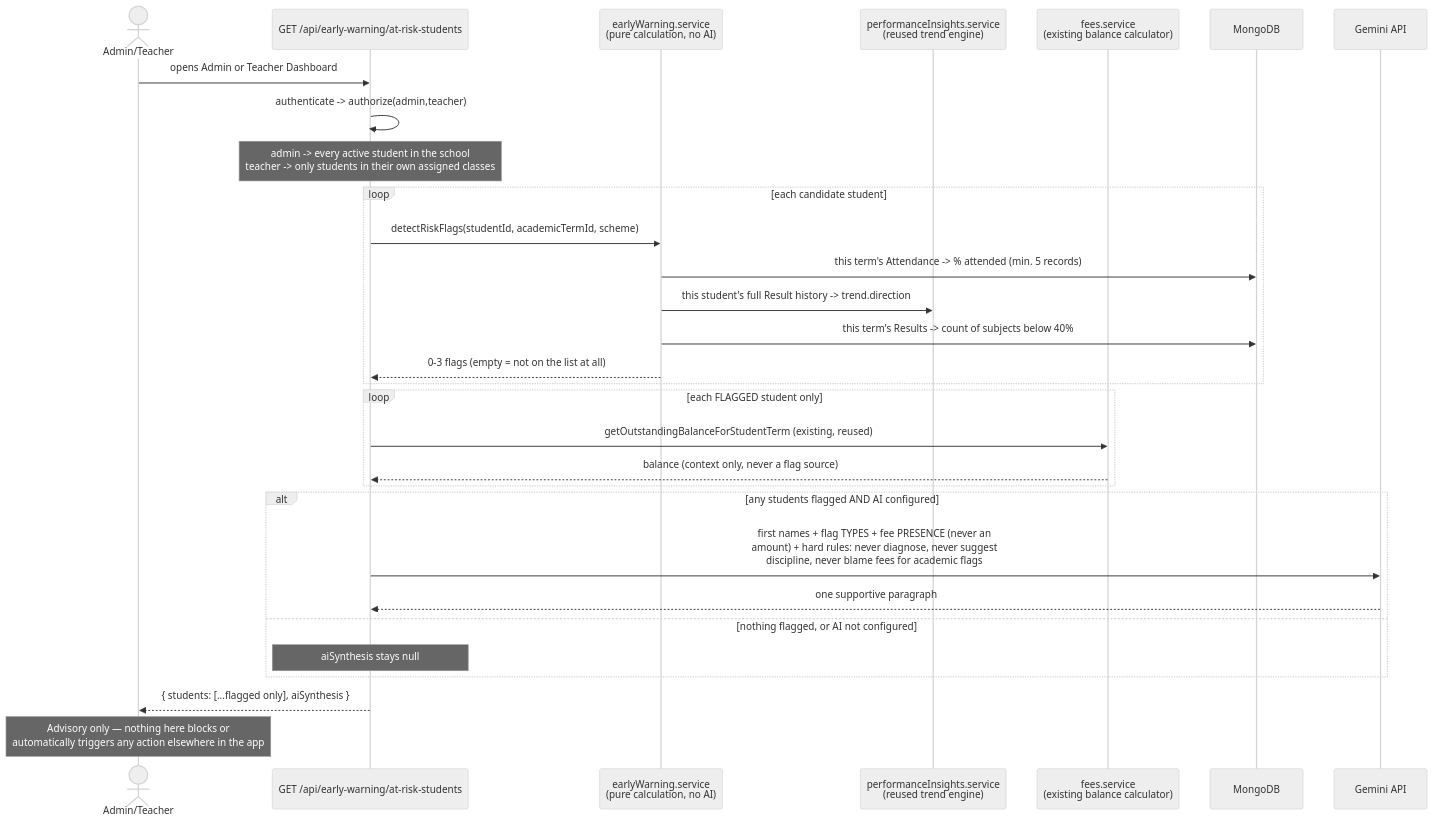
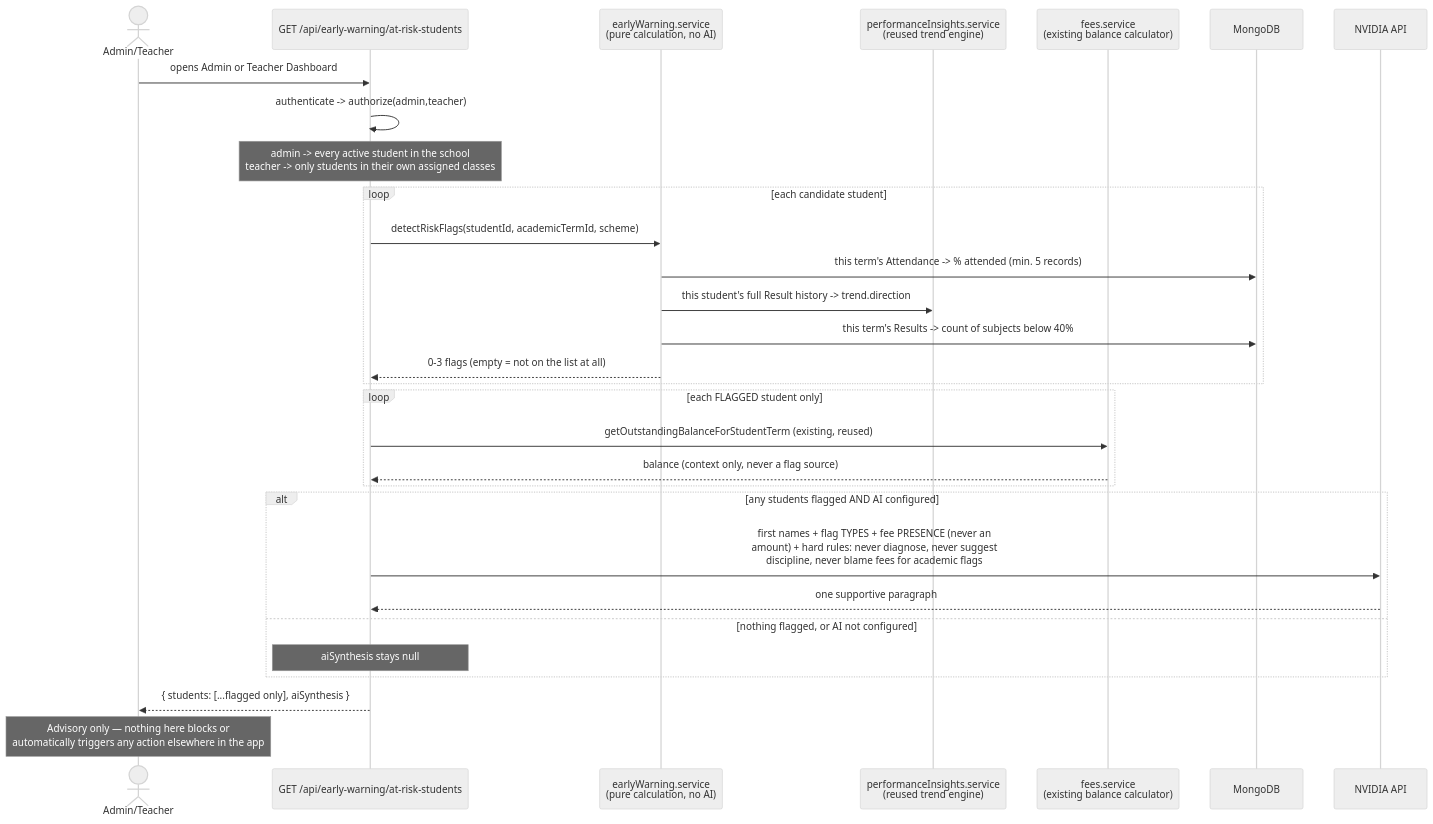
One commit to JuvelynSackey/school-management-system changed diagram 22 of 26 in ARCHITECTURE.md. Above: the diagram before and after it, drawn with Mermaid (neutral theme). The commit also changed other lines of this file and 10 other files, not shown here.

First line of the commit message:
refactor(ai): swap Gemini for NVIDIA Build (callAI, meta/llama-3.1-8b-instruct)

````diff
--- a/ARCHITECTURE.md
+++ b/ARCHITECTURE.md
@@ -694,33 +694,33 @@
 ```mermaid
 sequenceDiagram
     actor U as Admin/Teacher
     participant API as GET /api/early-warning/at-risk-students
     participant EW as earlyWarning.service<br/>(pure calculation, no AI)
     participant PI as performanceInsights.service<br/>(reused trend engine)
     participant Fees as fees.service<br/>(existing balance calculator)
     participant DB as MongoDB
-    participant Gemini as Gemini API
+    participant AI as NVIDIA API
 
     U->>API: opens Admin or Teacher Dashboard
     API->>API: authenticate -> authorize(admin,teacher)
     Note over API: admin -> every active student in the school<br/>teacher -> only students in their own assigned classes
     loop each candidate student
         API->>EW: detectRiskFlags(studentId, academicTermId, scheme)
         EW->>DB: this term's Attendance -> % attended (min. 5 records)
         EW->>PI: this student's full Result history -> trend.direction
         EW->>DB: this term's Results -> count of subjects below 40%
         EW-->>API: 0-3 flags (empty = not on the list at all)
     end
     loop each FLAGGED student only
         API->>Fees: getOutstandingBalanceForStudentTerm (existing, reused)
         Fees-->>API: balance (context only, never a flag source)
     end
     alt any students flagged AND AI configured
-        API->>Gemini: first names + flag TYPES + fee PRESENCE (never an<br/>amount) + hard rules: never diagnose, never suggest<br/>discipline, never blame fees for academic flags
-        Gemini-->>API: one supportive paragraph
+        API->>AI: first names + flag TYPES + fee PRESENCE (never an<br/>amount) + hard rules: never diagnose, never suggest<br/>discipline, never blame fees for academic flags
+        AI-->>API: one supportive paragraph
     else nothing flagged, or AI not configured
         Note over API: aiSynthesis stays null
     end
     API-->>U: { students: [...flagged only], aiSynthesis }
     Note over U: Advisory only — nothing here blocks or<br/>automatically triggers any action elsewhere in the app
 ```
````
